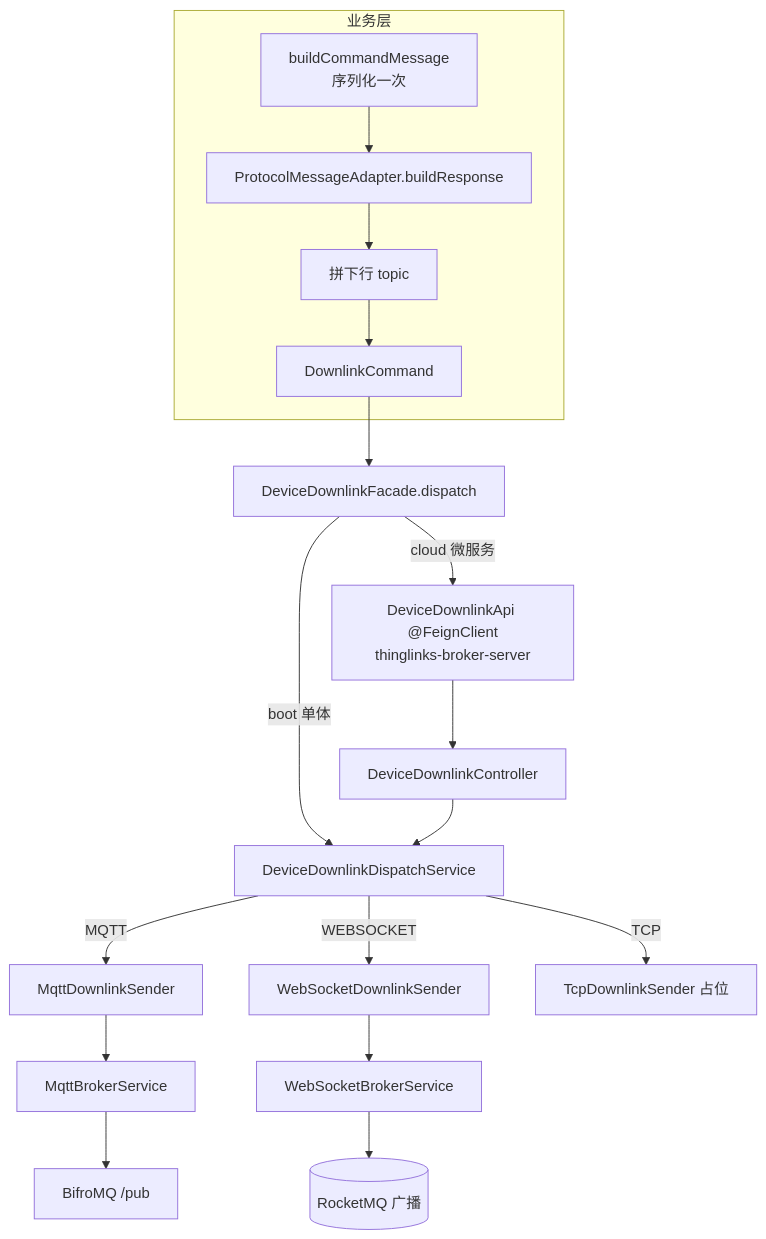
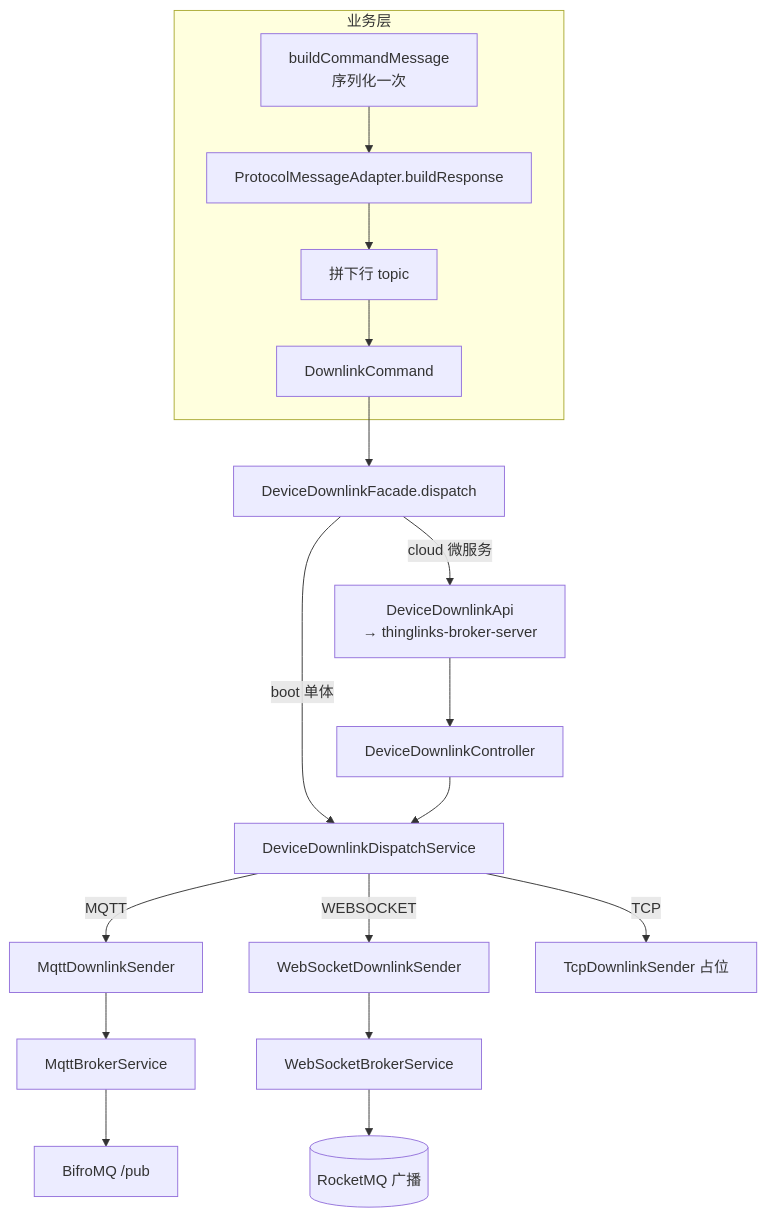
The second of 3 diagrams in skills/thinglinks-cloud/assets/diagrams.md (mqttsnet/thinglinks-skills), drawn with Mermaid before and after one commit. The commit also changed 21 other files, not shown here.

````diff
--- a/skills/thinglinks-cloud/assets/diagrams.md
+++ b/skills/thinglinks-cloud/assets/diagrams.md
@@ -31,15 +31,15 @@
 ```mermaid
 flowchart TB
   subgraph 业务层
     BC[buildCommandMessage<br/>序列化一次] --> BR[ProtocolMessageAdapter.buildResponse]
     BR --> TP[拼下行 topic]
     TP --> DC[DownlinkCommand]
   end
   DC --> F[DeviceDownlinkFacade.dispatch]
   F -->|boot 单体| DS[DeviceDownlinkDispatchService]
-  F -->|cloud 微服务| FE["DeviceDownlinkApi @FeignClient<br/>thinglinks-broker-server"]
+  F -->|cloud 微服务| FE["DeviceDownlinkApi<br/>→ thinglinks-broker-server"]
   FE --> CT[DeviceDownlinkController] --> DS
   DS -->|MQTT| MS[MqttDownlinkSender] --> MB[MqttBrokerService] --> BF[BifroMQ /pub]
   DS -->|WEBSOCKET| WSS[WebSocketDownlinkSender] --> WB[WebSocketBrokerService] --> RB[(RocketMQ 广播)]
   DS -->|TCP| TS[TcpDownlinkSender 占位]
 ```
````
